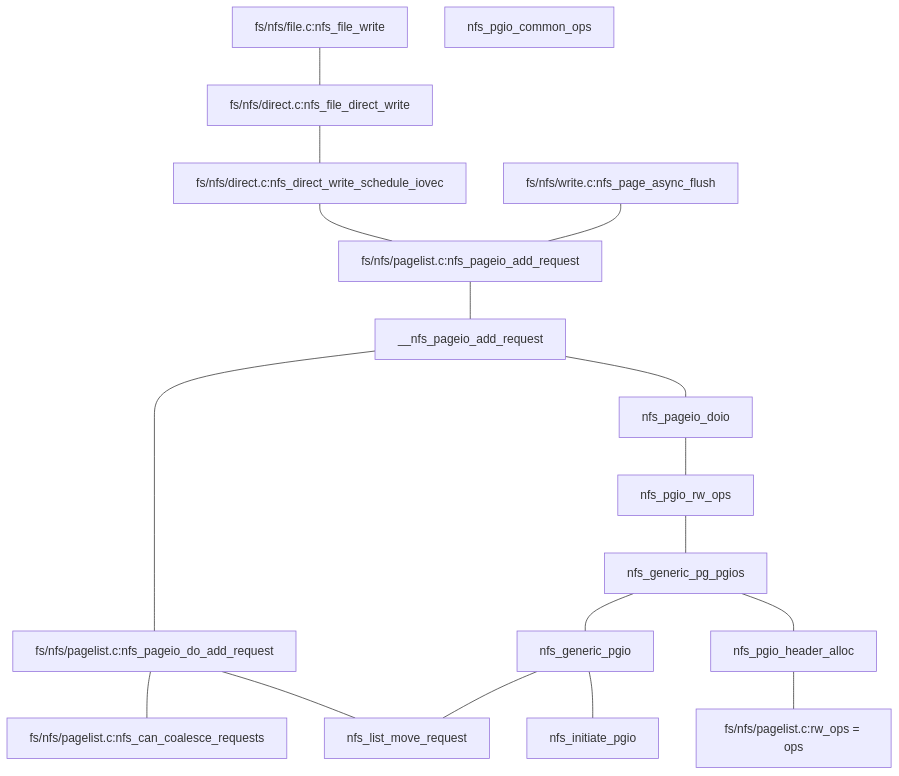
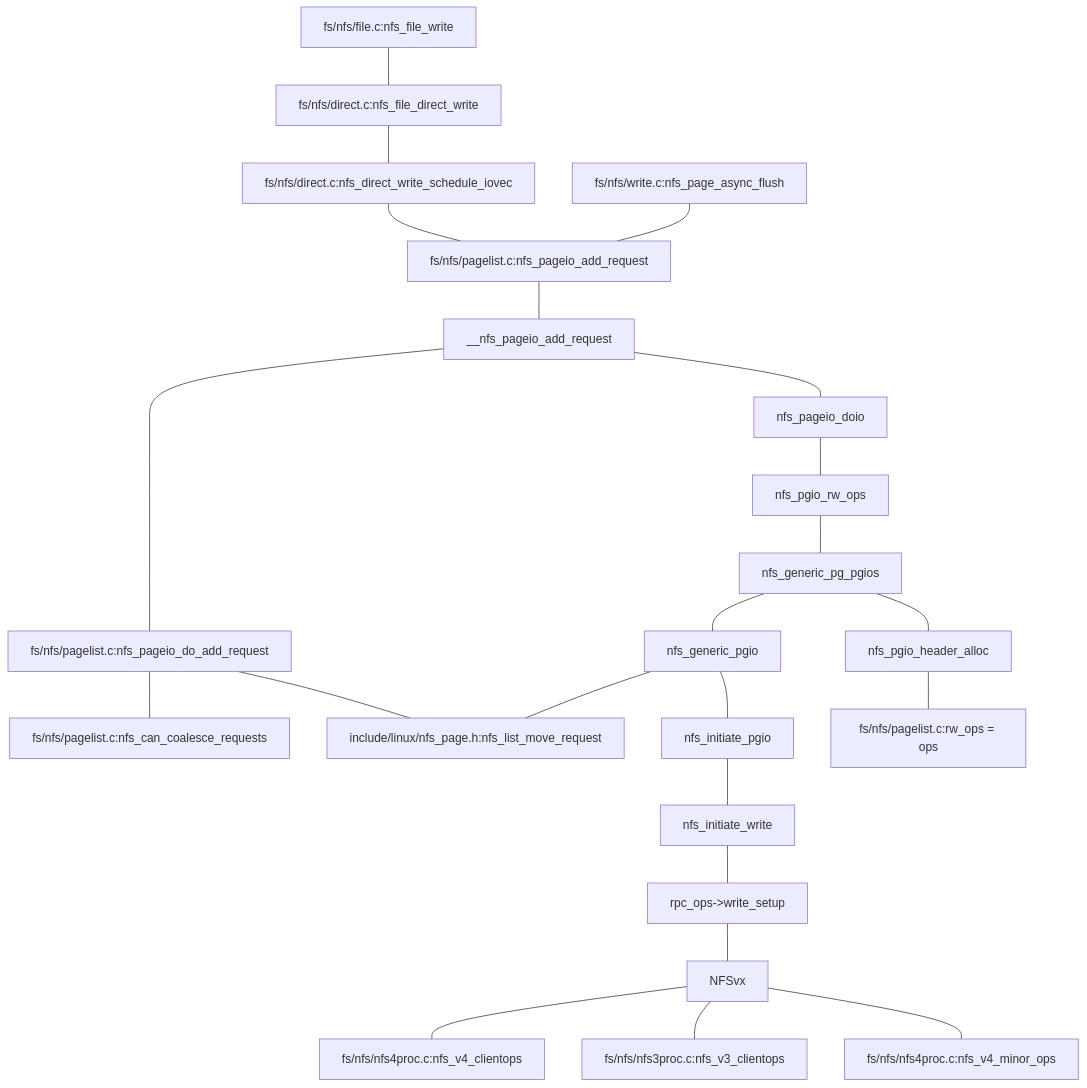
Before and after one commit to DeathPoem/little_cave_local_files: the third of 3 diagrams in bin/SmallTopic/nfsCodePath.md, drawn with Mermaid. The commit also changed other lines of this file, not shown here.

````diff
--- a/bin/SmallTopic/nfsCodePath.md
+++ b/bin/SmallTopic/nfsCodePath.md
@@ -53,28 +52,33 @@
 ```mermaid
 graph TD
   %% Set edges to be curved (try monotoneX for a nice alternative)
   linkStyle default interpolate basis
   N1[fs/nfs/file.c:nfs_file_write] --- N2[fs/nfs/direct.c:nfs_file_direct_write]
   N2 --- N3[fs/nfs/direct.c:nfs_direct_write_schedule_iovec]
   N4[fs/nfs/write.c:nfs_page_async_flush]
   N4 --- N5[fs/nfs/pagelist.c:nfs_pageio_add_request]
   N3 --- N5
   N12 --- N6[fs/nfs/pagelist.c:nfs_pageio_do_add_request]
   N6 --- N7[fs/nfs/pagelist.c:nfs_can_coalesce_requests]
   N8[nfs_pgio_rw_ops]
   N9[nfs_generic_pg_pgios]
   N10[nfs_generic_pgio]
   N11[nfs_pageio_doio]
   N5 --- N12[__nfs_pageio_add_request] 
   N12 --- N11
   N11 --- N8
   N8 --- N9
   N9 --- N10
-  N10 --- N13[nfs_list_move_request]
+  N10 --- N13[include/linux/nfs_page.h:nfs_list_move_request]
   N6 --- N13
-  N14[nfs_pgio_common_ops]
   N10 --- N15[nfs_initiate_pgio]
   N9 --- N16[nfs_pgio_header_alloc]
   N16 --- N17[fs/nfs/pagelist.c:rw_ops = ops]
-
+  N15 --- N18[nfs_initiate_write]
+  N22[NFSvx] --- N19[fs/nfs/nfs4proc.c:nfs_v4_clientops]
+  N20[rpc_ops->write_setup]
+  N18 --- N20
+  N22 --- N21[fs/nfs/nfs3proc.c:nfs_v3_clientops]
+  N20 --- N22
+  N22 --- N23[fs/nfs/nfs4proc.c:nfs_v4_minor_ops]
 ```
````
